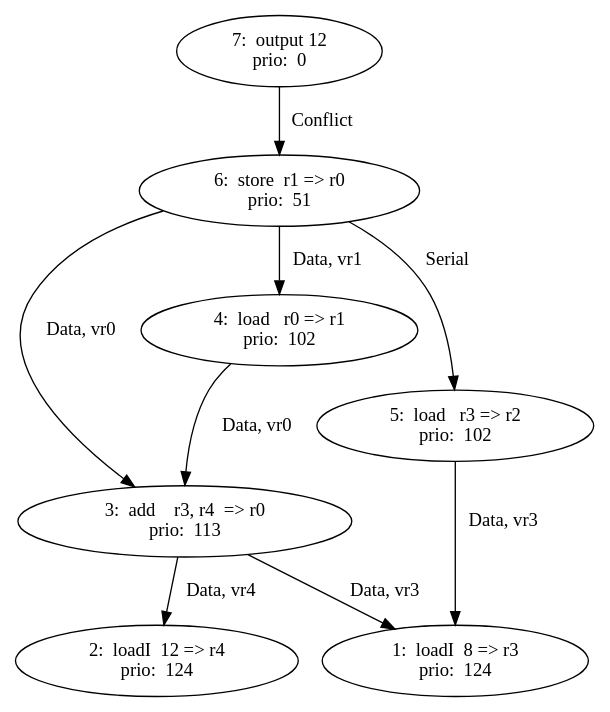
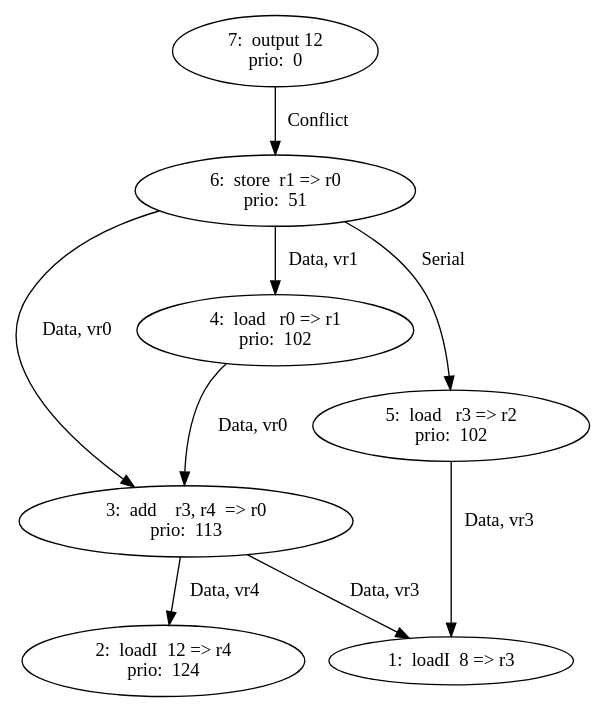
Before and after one commit to rose-whitt/412-lab3: the diagram in dgslide17.dot, drawn with Graphviz. The commit also changed 1 other file, not shown here.

Commit message:
END OF NIGHT- made pwhat i think si the graph data structure. shoudl add like a check dependence function and then start building the graph. i am so strong. gn

```diff
--- a/dgslide17.dot
+++ b/dgslide17.dot
@@ -1,24 +1,23 @@
 digraph DG {
-  1 [label="1:  loadI  8 => r3
-prio:  124"];
+  1 [label="1:  loadI  8 => r3"];
   2 [label="2:  loadI  12 => r4
 prio:  124"];
   3 [label="3:  add    r3, r4  => r0
 prio:  113"];
   4 [label="4:  load   r0 => r1
 prio:  102"];
   5 [label="5:  load   r3 => r2
 prio:  102"];
   6 [label="6:  store  r1 => r0
 prio:  51"];
   7 [label="7:  output 12
 prio:  0"];
   3 -> 1 [ label=" Data, vr3"];
   3 -> 2 [ label=" Data, vr4"];
   4 -> 3 [ label=" Data, vr0"];
   5 -> 1 [ label=" Data, vr3"];
   6 -> 4 [ label=" Data, vr1"];
   6 -> 3 [ label=" Data, vr0"];
   6 -> 5[ label=" Serial "];
   7 -> 6 [ label=" Conflict "];
 }
```
